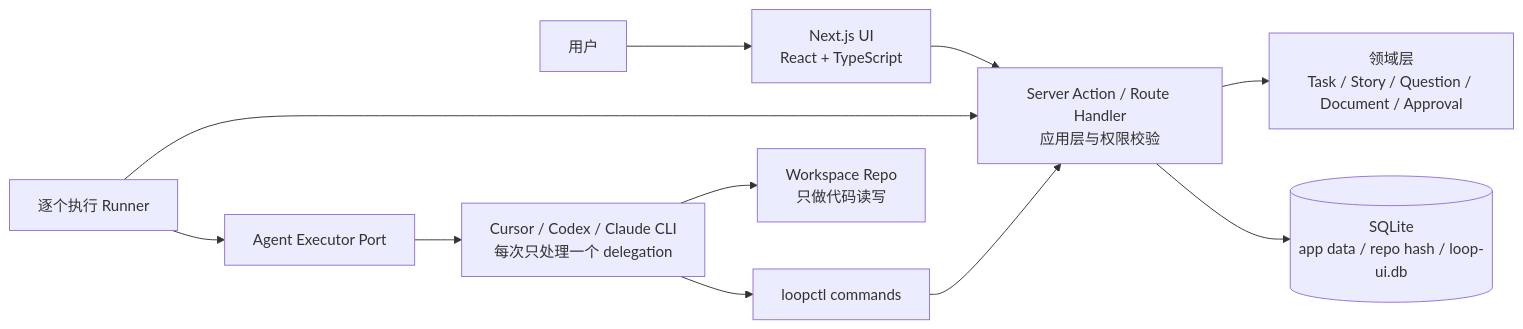
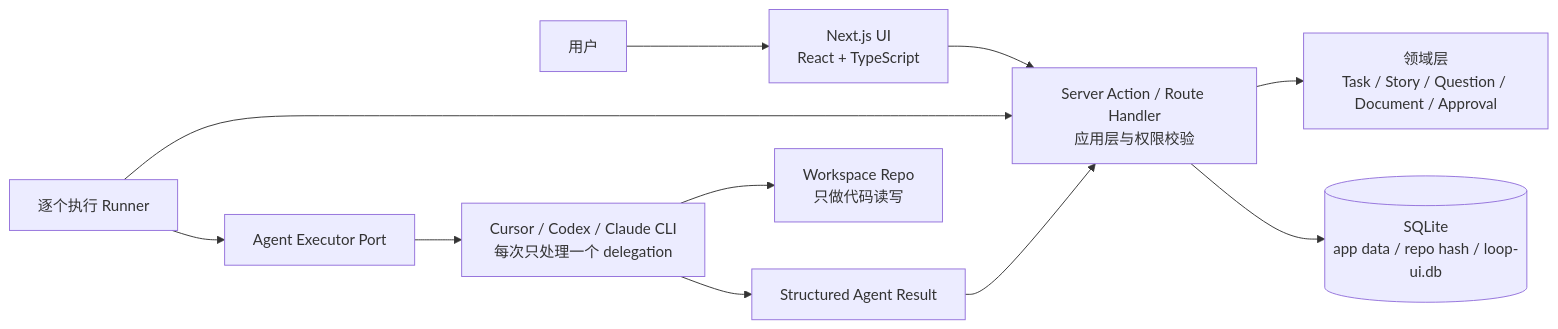
The diagram in docs/v1-technical-solution.md (InspireChina/ai4se-loop-workflow), drawn with Mermaid before and after one commit. The commit also changed other lines of this file and 29 other files, not shown here.

Commit message:
feat: streamline structured agent loop

````diff
--- a/docs/v1-technical-solution.md
+++ b/docs/v1-technical-solution.md
@@ -23,13 +23,13 @@
 ```mermaid
 flowchart LR
   User["用户"] --> Web["Next.js UI\nReact + TypeScript"]
   Web --> App["Server Action / Route Handler\n应用层与权限校验"]
   App --> Domain["领域层\nTask / Story / Question / Document / Approval"]
   App --> DB[("SQLite\napp data / repo hash / loop-ui.db")]
   Runner["逐个执行 Runner"] --> App
   Runner --> Executor["Agent Executor Port"]
   Executor --> Agent["Cursor / Codex / Claude CLI\n每次只处理一个 delegation"]
-  Agent --> CLI["loopctl commands"]
-  CLI --> App
+  Agent --> Result["Structured Agent Result"]
+  Result --> App
   Agent --> Repo["Workspace Repo\n只做代码读写"]
 ```
````
